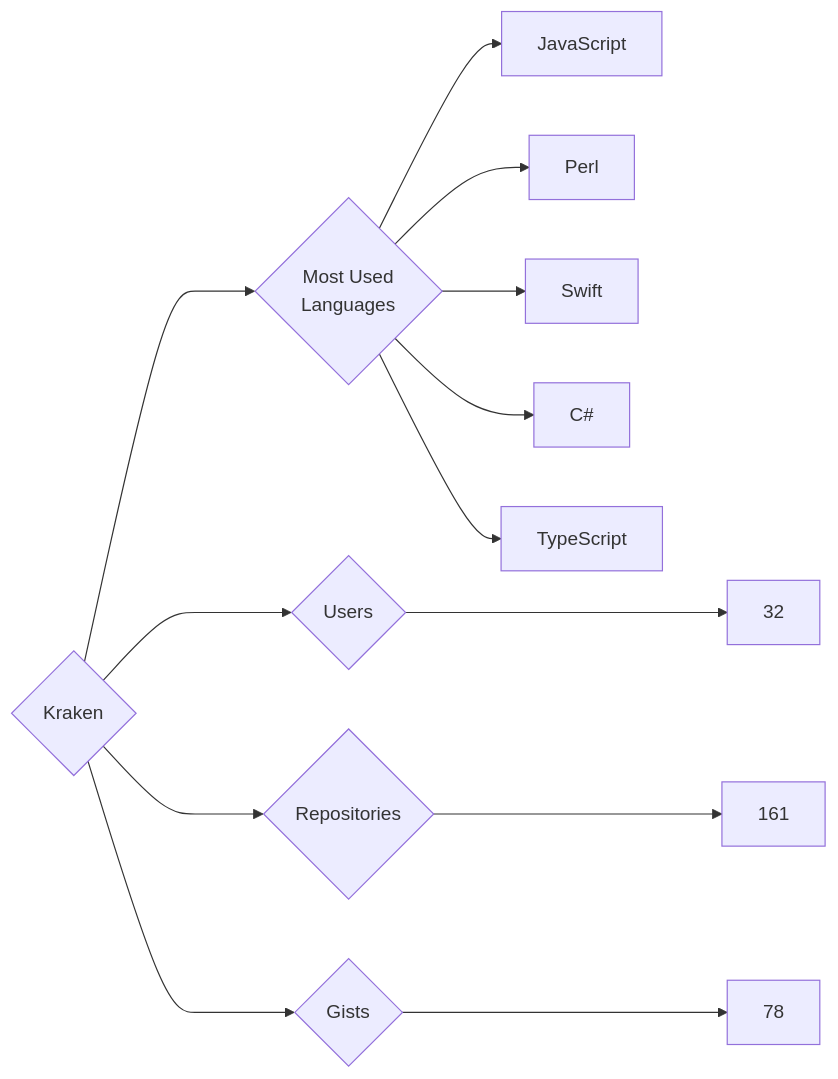
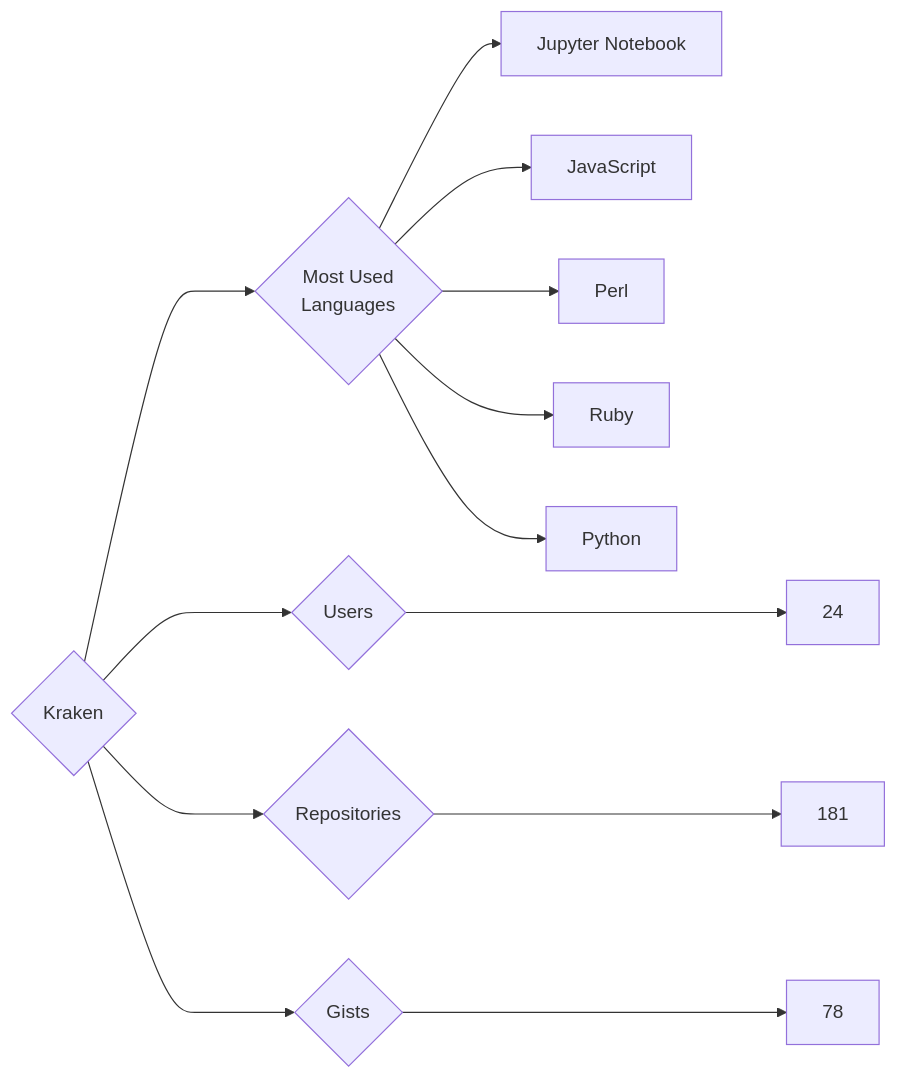
One commit to trickest/insiders changed the diagram in targets/Kraken/README.md. Above: the diagram before and after it, drawn with Mermaid. The commit also changed 714 other files, not shown here.

````diff
--- a/targets/Kraken/README.md
+++ b/targets/Kraken/README.md
@@ -3,13 +3,13 @@
 ```mermaid
 graph LR
 COMPANY_NAME{Kraken}
-COMPANY_NAME ---> U{Users} ---> UN[32]
-COMPANY_NAME ---> R{Repositories} ---> RN[161]
+COMPANY_NAME ---> U{Users} ---> UN[24]
+COMPANY_NAME ---> R{Repositories} ---> RN[181]
 COMPANY_NAME ---> G{Gists} ---> GN[78]
 COMPANY_NAME ---> ML{Most Used<br>Languages}
+ML --> Jupyter_Notebook[Jupyter Notebook]
 ML --> JavaScript[JavaScript]
 ML --> Perl[Perl]
-ML --> Swift[Swift]
-ML --> C#[C#]
-ML --> TypeScript[TypeScript]
+ML --> Ruby[Ruby]
+ML --> Python[Python]
 ```
````
